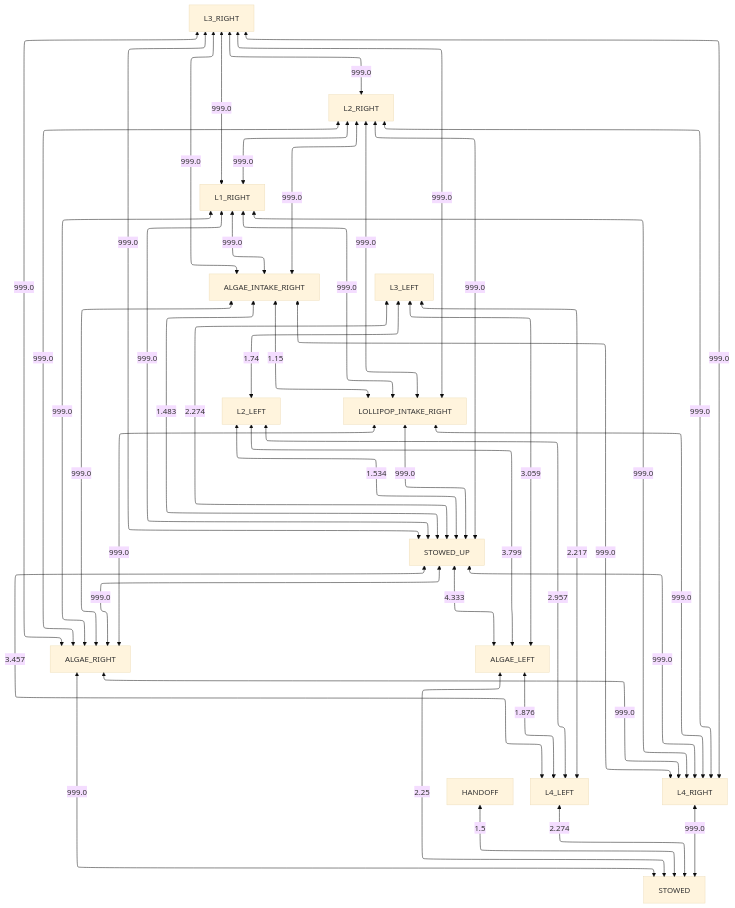
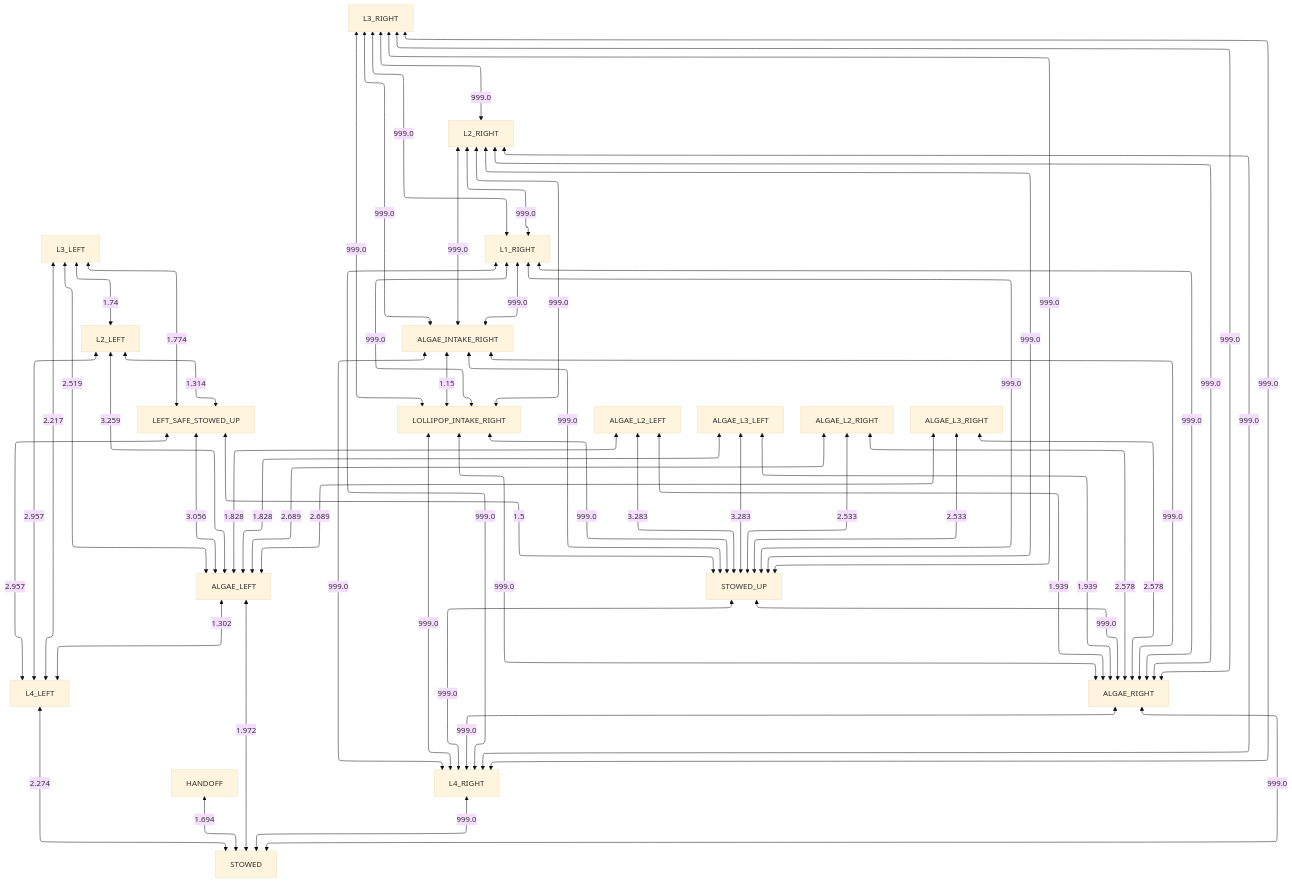
The diagram in docs/collision_avoidance/right_obstructed.md (team581/offseason-2025-comp), drawn with Mermaid (base theme) before and after one commit. The commit also changed 2 other files, not shown here.

Commit message:
obstruction

````diff
--- a/docs/collision_avoidance/right_obstructed.md
+++ b/docs/collision_avoidance/right_obstructed.md
@@ -3,48 +3,61 @@
 ```mermaid
 %%{ init: { "flowchart": { "defaultRenderer": "elk" } } }%%
 graph TD
 
-HANDOFF <-- 1.5 --> STOWED
+HANDOFF <-- 1.694 --> STOWED
 L4_LEFT <-- 2.274 --> STOWED
 L4_RIGHT <-- 999.0 --> STOWED
 ALGAE_RIGHT <-- 999.0 --> STOWED
-ALGAE_LEFT <-- 2.25 --> STOWED
-STOWED_UP <-- 3.457 --> L4_LEFT
+ALGAE_LEFT <-- 1.972 --> STOWED
+LEFT_SAFE_STOWED_UP <-- 2.957 --> L4_LEFT
 L2_LEFT <-- 2.957 --> L4_LEFT
 L3_LEFT <-- 2.217 --> L4_LEFT
-ALGAE_LEFT <-- 1.876 --> L4_LEFT
+ALGAE_LEFT <-- 1.302 --> L4_LEFT
 STOWED_UP <-- 999.0 --> L4_RIGHT
 ALGAE_INTAKE_RIGHT <-- 999.0 --> L4_RIGHT
 LOLLIPOP_INTAKE_RIGHT <-- 999.0 --> L4_RIGHT
 L1_RIGHT <-- 999.0 --> L4_RIGHT
 L2_RIGHT <-- 999.0 --> L4_RIGHT
 L3_RIGHT <-- 999.0 --> L4_RIGHT
 ALGAE_RIGHT <-- 999.0 --> L4_RIGHT
 STOWED_UP <-- 999.0 --> ALGAE_RIGHT
+ALGAE_L2_LEFT <-- 1.939 --> ALGAE_RIGHT
+ALGAE_L3_LEFT <-- 1.939 --> ALGAE_RIGHT
 ALGAE_INTAKE_RIGHT <-- 999.0 --> ALGAE_RIGHT
 LOLLIPOP_INTAKE_RIGHT <-- 999.0 --> ALGAE_RIGHT
 L1_RIGHT <-- 999.0 --> ALGAE_RIGHT
 L2_RIGHT <-- 999.0 --> ALGAE_RIGHT
 L3_RIGHT <-- 999.0 --> ALGAE_RIGHT
-STOWED_UP <-- 4.333 --> ALGAE_LEFT
-L2_LEFT <-- 3.799 --> ALGAE_LEFT
-L3_LEFT <-- 3.059 --> ALGAE_LEFT
+ALGAE_L2_RIGHT <-- 2.578 --> ALGAE_RIGHT
+ALGAE_L3_RIGHT <-- 2.578 --> ALGAE_RIGHT
+LEFT_SAFE_STOWED_UP <-- 3.056 --> ALGAE_LEFT
+L2_LEFT <-- 3.259 --> ALGAE_LEFT
+L3_LEFT <-- 2.519 --> ALGAE_LEFT
+ALGAE_L2_LEFT <-- 1.828 --> ALGAE_LEFT
+ALGAE_L3_LEFT <-- 1.828 --> ALGAE_LEFT
+ALGAE_L2_RIGHT <-- 2.689 --> ALGAE_LEFT
+ALGAE_L3_RIGHT <-- 2.689 --> ALGAE_LEFT
+LEFT_SAFE_STOWED_UP <-- 1.5 --> STOWED_UP
 LOLLIPOP_INTAKE_RIGHT <-- 999.0 --> STOWED_UP
-ALGAE_INTAKE_RIGHT <-- 1.483 --> STOWED_UP
-L2_LEFT <-- 1.534 --> STOWED_UP
-L3_LEFT <-- 2.274 --> STOWED_UP
+ALGAE_INTAKE_RIGHT <-- 999.0 --> STOWED_UP
 L1_RIGHT <-- 999.0 --> STOWED_UP
 L2_RIGHT <-- 999.0 --> STOWED_UP
 L3_RIGHT <-- 999.0 --> STOWED_UP
+ALGAE_L2_LEFT <-- 3.283 --> STOWED_UP
+ALGAE_L2_RIGHT <-- 2.533 --> STOWED_UP
+ALGAE_L3_LEFT <-- 3.283 --> STOWED_UP
+ALGAE_L3_RIGHT <-- 2.533 --> STOWED_UP
+L2_LEFT <-- 1.314 --> LEFT_SAFE_STOWED_UP
+L3_LEFT <-- 1.774 --> LEFT_SAFE_STOWED_UP
 ALGAE_INTAKE_RIGHT <-- 1.15 --> LOLLIPOP_INTAKE_RIGHT
 L1_RIGHT <-- 999.0 --> LOLLIPOP_INTAKE_RIGHT
 L2_RIGHT <-- 999.0 --> LOLLIPOP_INTAKE_RIGHT
 L3_RIGHT <-- 999.0 --> LOLLIPOP_INTAKE_RIGHT
 L1_RIGHT <-- 999.0 --> ALGAE_INTAKE_RIGHT
 L2_RIGHT <-- 999.0 --> ALGAE_INTAKE_RIGHT
 L3_RIGHT <-- 999.0 --> ALGAE_INTAKE_RIGHT
 L3_LEFT <-- 1.74 --> L2_LEFT
 L2_RIGHT <-- 999.0 --> L1_RIGHT
 L3_RIGHT <-- 999.0 --> L1_RIGHT
 L3_RIGHT <-- 999.0 --> L2_RIGHT
 ```
````
